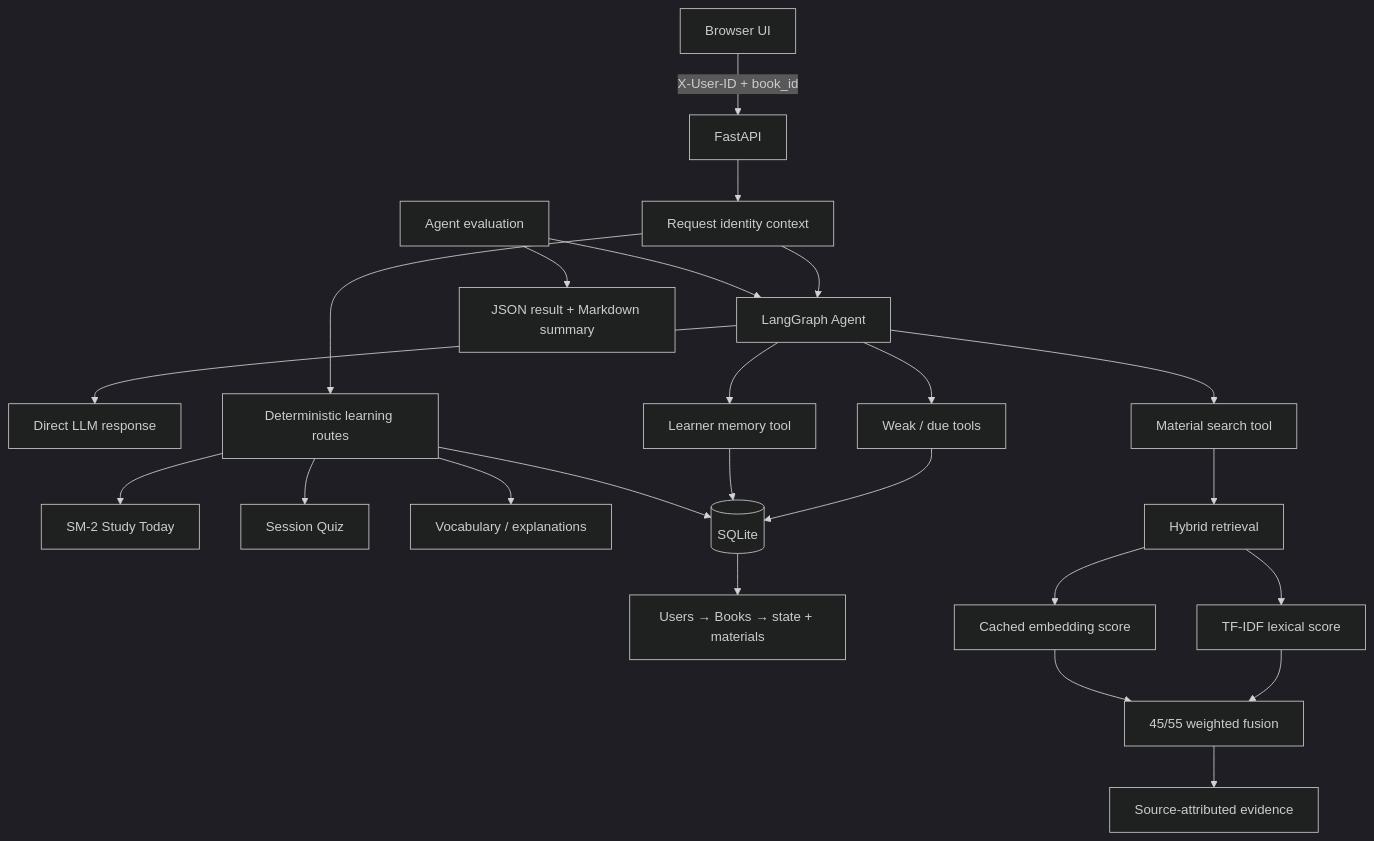
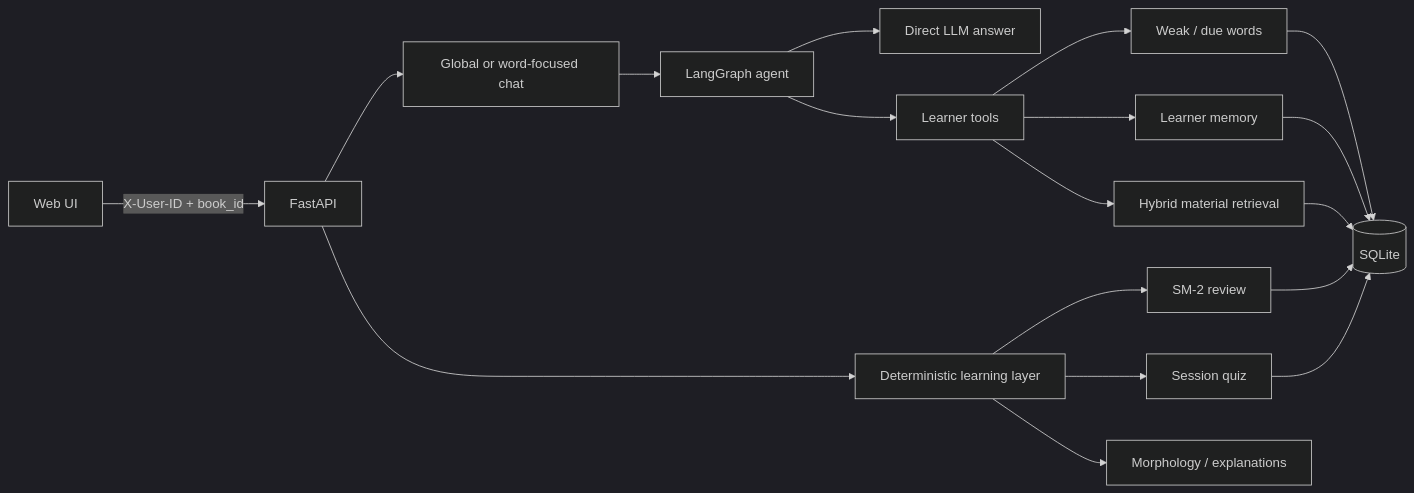
The diagram in README.md (zhangxyqqq/LinguaPilot), drawn with Mermaid (dark theme) before and after one commit. The commit also changed other lines of this file and 4 other files, not shown here.

````diff
--- a/README.md
+++ b/README.md
@@ -19,30 +19,21 @@
 ```mermaid
-flowchart TD
-    B["Browser UI"] -->|"X-User-ID + book_id"| API["FastAPI"]
-    API --> ID["Request identity context"]
-    ID --> AG["LangGraph Agent"]
-    AG --> LLM["Direct LLM response"]
-    AG --> WT["Weak / due tools"]
-    AG --> MT["Learner memory tool"]
-    AG --> RT["Material search tool"]
+flowchart LR
+    UI["Web UI"] -->|"X-User-ID + book_id"| API["FastAPI"]
+    API --> CHAT["Global or word-focused chat"]
+    CHAT --> AGENT["LangGraph agent"]
+    AGENT --> DIRECT["Direct LLM answer"]
+    AGENT --> TOOLS["Learner tools"]
+    TOOLS --> WEAK["Weak / due words"]
+    TOOLS --> MEMORY["Learner memory"]
+    TOOLS --> RAG["Hybrid material retrieval"]
+    WEAK --> DB[("SQLite")]
+    MEMORY --> DB
+    RAG --> DB
 
-    ID --> DL["Deterministic learning routes"]
-    DL --> SM2["SM-2 Study Today"]
-    DL --> QUIZ["Session Quiz"]
-    DL --> VOC["Vocabulary / explanations"]
-
-    WT --> DB[("SQLite")]
-    MT --> DB
-    DL --> DB
-    DB --> REL["Users → Books → state + materials"]
-
-    RT --> HYB["Hybrid retrieval"]
-    HYB --> LEX["TF-IDF lexical score"]
-    HYB --> SEM["Cached embedding score"]
-    LEX --> FUS["45/55 weighted fusion"]
-    SEM --> FUS
-    FUS --> SRC["Source-attributed evidence"]
-
-    EV["Agent evaluation"] --> AG
-    EV --> REP["JSON result + Markdown summary"]
+    API --> STUDY["Deterministic learning layer"]
+    STUDY --> SM2["SM-2 review"]
+    STUDY --> QUIZ["Session quiz"]
+    STUDY --> VOCAB["Morphology / explanations"]
+    SM2 --> DB
+    QUIZ --> DB
 ```
````
